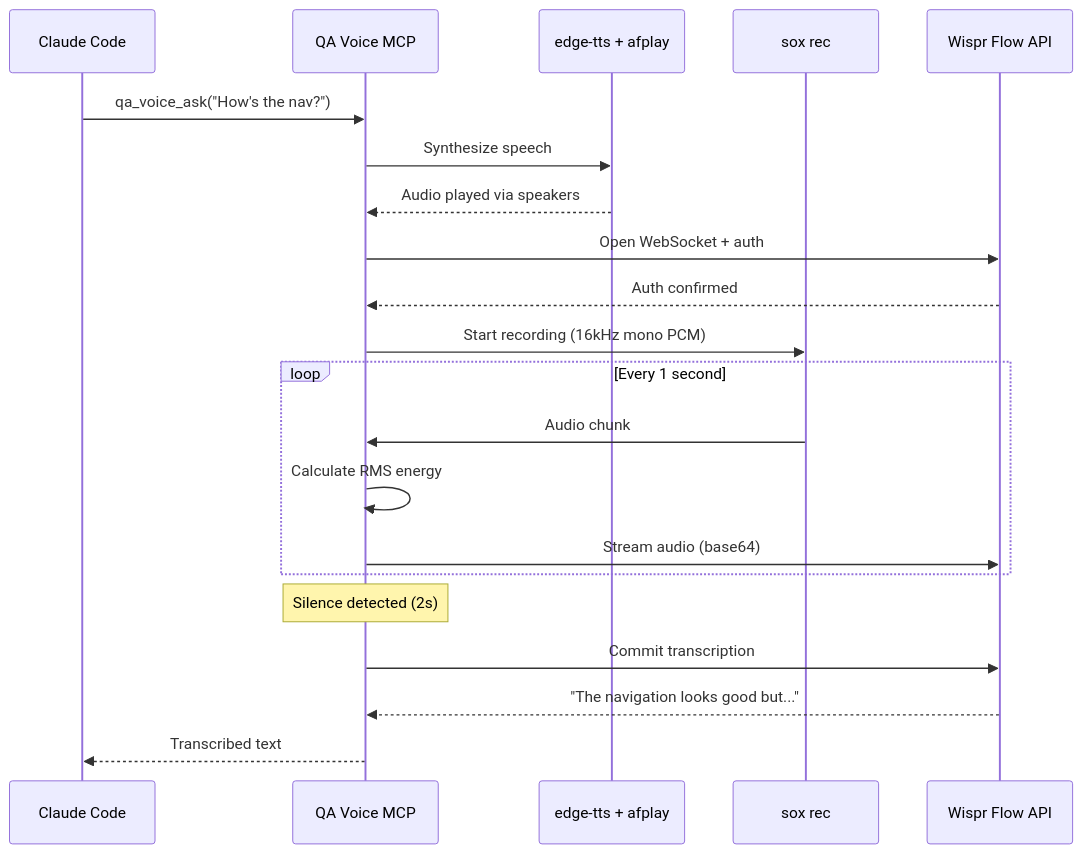
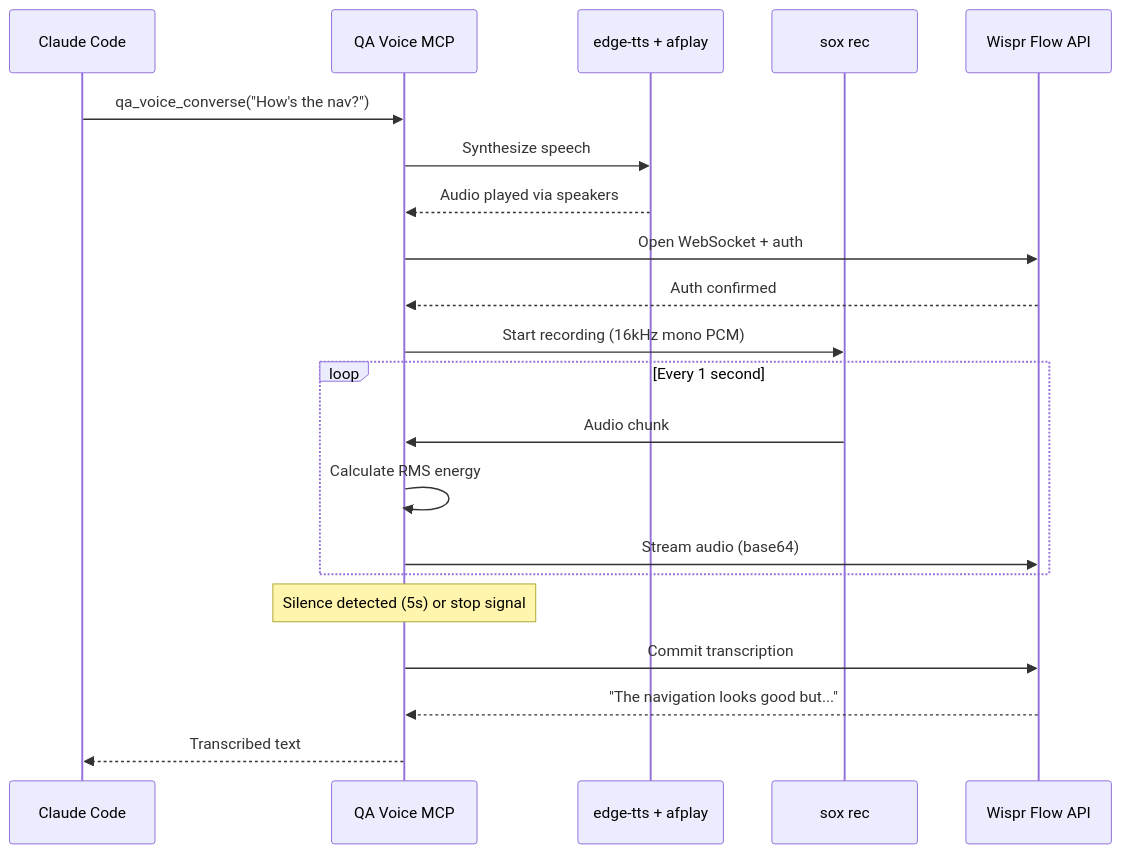
Before and after one commit to naeemkhan3starjee079-spec/golems: the first of 5 diagrams in packages/dashboard/content/docs/golems/qa-voice.md, drawn with Mermaid. The commit also changed other lines of this file and 13 other files, not shown here.

First line of the commit message:
feat(qa-voice): 4 voice modes, session booking, user-controlled stop (#224)

````diff
--- a/packages/dashboard/content/docs/golems/qa-voice.md
+++ b/packages/dashboard/content/docs/golems/qa-voice.md
@@ -14,24 +14,24 @@
 ```mermaid
 sequenceDiagram
     participant Claude as Claude Code
     participant MCP as QA Voice MCP
     participant TTS as edge-tts + afplay
     participant Mic as sox rec
     participant Wispr as Wispr Flow API
 
-    Claude->>MCP: qa_voice_ask("How's the nav?")
+    Claude->>MCP: qa_voice_converse("How's the nav?")
     MCP->>TTS: Synthesize speech
     TTS-->>MCP: Audio played via speakers
     MCP->>Wispr: Open WebSocket + auth
     Wispr-->>MCP: Auth confirmed
     MCP->>Mic: Start recording (16kHz mono PCM)
     loop Every 1 second
         Mic->>MCP: Audio chunk
         MCP->>MCP: Calculate RMS energy
         MCP->>Wispr: Stream audio (base64)
     end
-    Note over MCP: Silence detected (2s)
+    Note over MCP: Silence detected (5s) or stop signal
     MCP->>Wispr: Commit transcription
     Wispr-->>MCP: "The navigation looks good but..."
     MCP-->>Claude: Transcribed text
 ```
````
